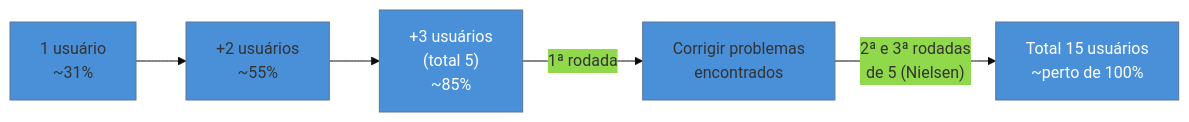
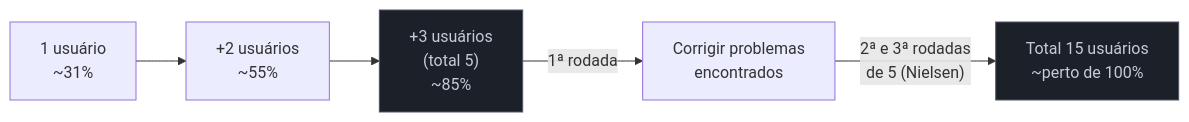
One commit to josenaldo/codex-technomanticus changed the diagram in 03-Dominios/Engenharia/UX/Descoberta e Pesquisa/13 - Teste de usabilidade guerrilha com 5 usuários.md. Above: the diagram before and after it, drawn with Mermaid. The commit also changed 1181 other files, not shown here.

First line of the commit message:
fix(diagramas): paleta do sistema no lugar de cor cravada no markdown

````diff
--- a/03-Dominios/Engenharia/UX/Descoberta e Pesquisa/13 - Teste de usabilidade guerrilha com 5 usuários.md
+++ b/03-Dominios/Engenharia/UX/Descoberta e Pesquisa/13 - Teste de usabilidade guerrilha com 5 usuários.md
@@ -27,10 +27,10 @@
 ```mermaid
-%%{init: {"theme": "base", "themeVariables": {"primaryColor": "#4A90D9"}}}%%
 graph LR
+    classDef neutro fill:#1B2029,stroke:#4E5666,color:#C6CCD8
     U1["1 usuário<br/>~31%"] --> U2["+2 usuários<br/>~55%"]
     U2 --> U5["+3 usuários<br/>(total 5)<br/>~85%"]
     U5 -->|"1ª rodada"| R1["Corrigir problemas<br/>encontrados"]
     R1 -->|"2ª e 3ª rodadas<br/>de 5 (Nielsen)"| U15["Total 15 usuários<br/>~perto de 100%"]
-    style U5 fill:#4A90D9,color:#fff
-    style U15 fill:#4A90D9,color:#fff
+    class U5 neutro
+    class U15 neutro
 ```
````
